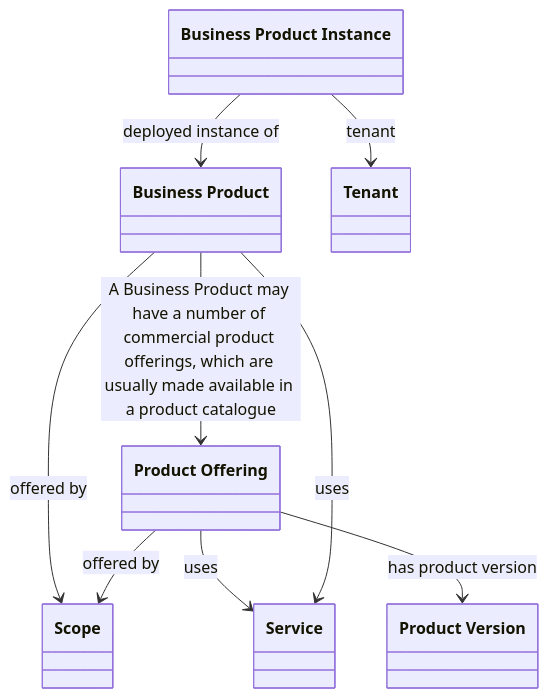
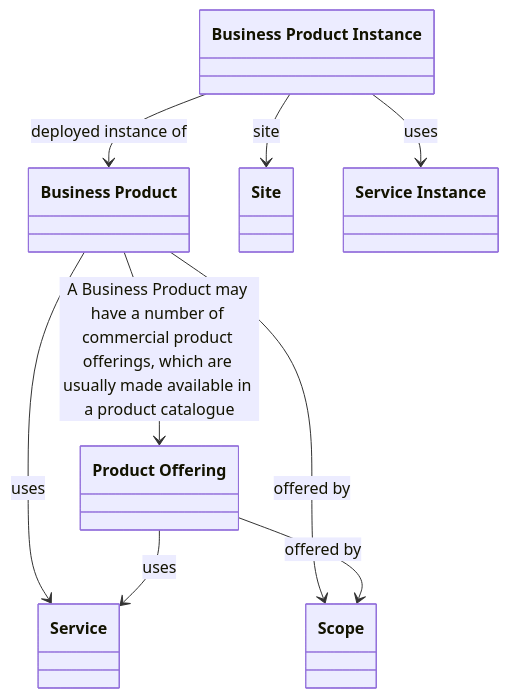
Before and after one commit to oeg-upm/Devos: the diagram in output/ieswc_meta/product.ttl-abstract-7-0-hard.md, drawn with Mermaid. The commit also changed 131 other files, not shown here.

````diff
--- a/output/ieswc_meta/product.ttl-abstract-7-0-hard.md
+++ b/output/ieswc_meta/product.ttl-abstract-7-0-hard.md
@@ -1,51 +1,51 @@
 ```mermaid
 	classDiagram
 
     
+    class `Product Offering` {
+    
+    }
+
     class `Business Product Instance` {
     
     }
 
     class `Business Product` {
     
     }
 
-    class `Product Offering` {
+    class `Service` {
     
     }
 
     class `Scope` {
     
     }
 
-    class `Service` {
+    class `Site` {
     
     }
 
-    class `Tenant` {
-    
-    }
-
-    class `Product Version` {
+    class `Service Instance` {
     
     }
 
 
 
-`Business Product Instance`  --> `Tenant`   :tenant  
+`Business Product`  --> `Service`   :uses  
+
+`Business Product Instance`  --> `Site`   :site  
+
+`Product Offering`  --> `Service`   :uses  
+
+`Business Product Instance`  --> `Service Instance`   :uses  
 
 `Business Product`  --> `Scope`   :offered by  
 
-`Product Offering`  --> `Product Version`   :has product version  
-
 `Business Product Instance`  --> `Business Product`   :deployed instance of  
 
-`Product Offering`  --> `Service`   :uses  
-
 `Product Offering`  --> `Scope`   :offered by  
-
-`Business Product`  --> `Service`   :uses  
 
 `Business Product`  --> `Product Offering`   :A Business Product may have a number of commercial product offerings, which are usually made available in a product catalogue  
 
 ```
````
